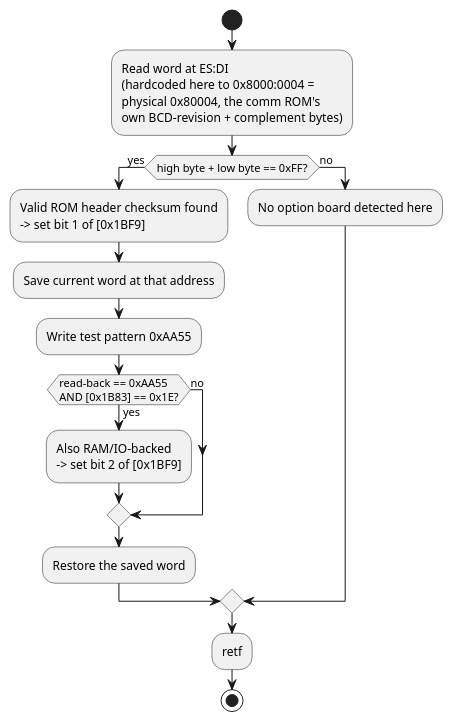
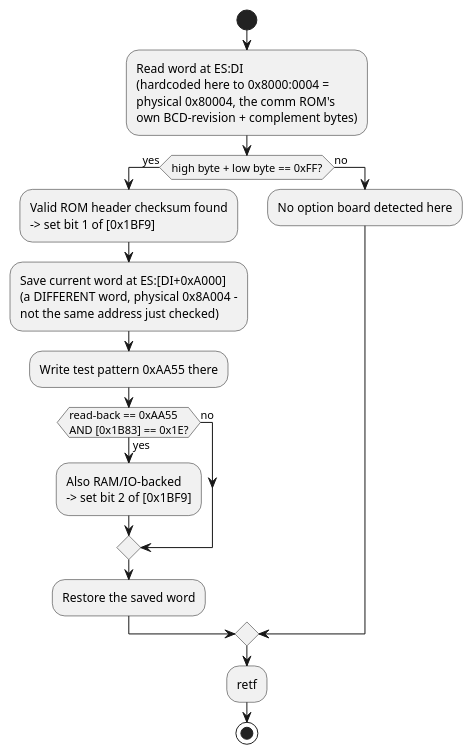
Before and after one commit to Mwwhited-BookLearning/tektronix-2230: the fourth of 4 diagrams in JUMP_MAP.md, drawn with PlantUML. The commit also changed 6 other files, not shown here.

````diff
--- a/JUMP_MAP.md
+++ b/JUMP_MAP.md
@@ -109,20 +109,20 @@
 ```plantuml
 @startuml
 start
 :Read word at ES:DI\n(hardcoded here to 0x8000:0004 =\nphysical 0x80004, the comm ROM's\nown BCD-revision + complement bytes);
 if (high byte + low byte == 0xFF?) then (yes)
   :Valid ROM header checksum found\n-> set bit 1 of [0x1BF9];
-  :Save current word at that address;
-  :Write test pattern 0xAA55;
+  :Save current word at ES:[DI+0xA000]\n(a DIFFERENT word, physical 0x8A004 -\nnot the same address just checked);
+  :Write test pattern 0xAA55 there;
   if (read-back == 0xAA55\nAND [0x1B83] == 0x1E?) then (yes)
     :Also RAM/IO-backed\n-> set bit 2 of [0x1BF9];
   else (no)
   endif
   :Restore the saved word;
 else (no)
   :No option board detected here;
 endif
 :retf;
 stop
 @enduml
 ```
````
